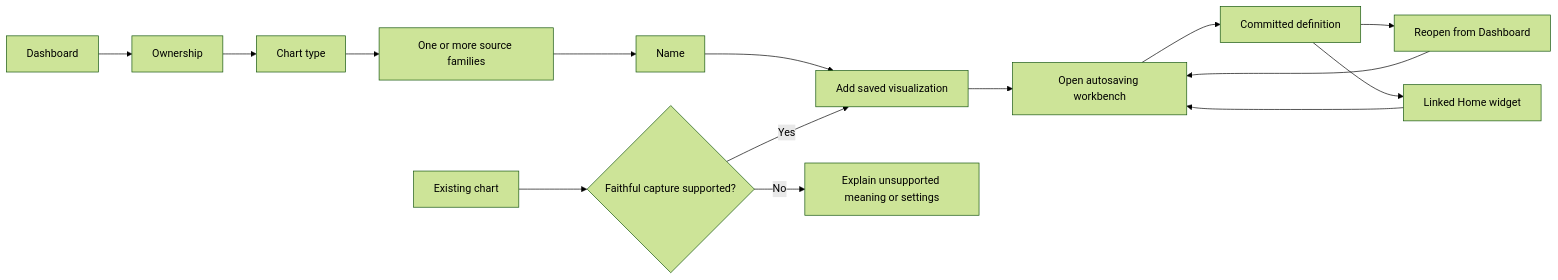
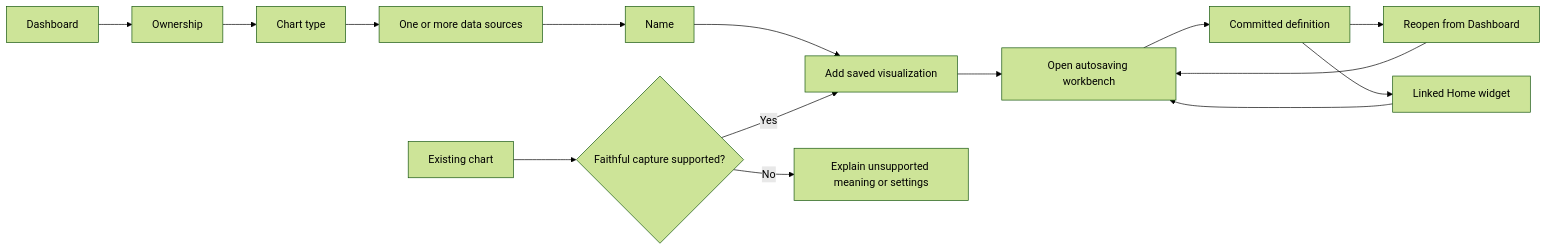
Before and after one commit to ORNL-AMO/VERIFI: the first of 2 diagrams in docs/v1-visualization-foundation.md, drawn with Mermaid (forest theme). The commit also changed other lines of this file and 78 other files, not shown here.

````diff
--- a/docs/v1-visualization-foundation.md
+++ b/docs/v1-visualization-foundation.md
@@ -24,17 +26,17 @@
 ```mermaid
 flowchart LR
   Dashboard --> Owner[Ownership]
   Owner --> Chart[Chart type]
-  Chart --> Families[One or more source families]
+  Chart --> Families[One or more data sources]
   Families --> Name[Name]
   Name --> Commit[Add saved visualization]
   Existing[Existing chart] --> Fidelity{Faithful capture supported?}
   Fidelity -->|Yes| Commit
   Fidelity -->|No| Explain[Explain unsupported meaning or settings]
   Commit --> Workbench[Open autosaving workbench]
   Workbench --> Saved[Committed definition]
   Saved --> Reopen[Reopen from Dashboard]
   Saved --> Home[Linked Home widget]
   Reopen --> Workbench
   Home --> Workbench
 ```
````
